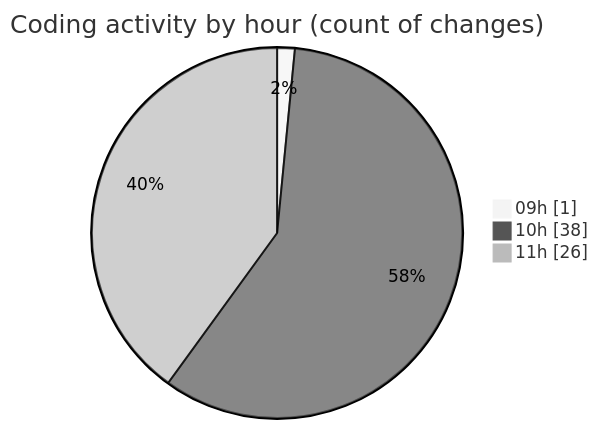
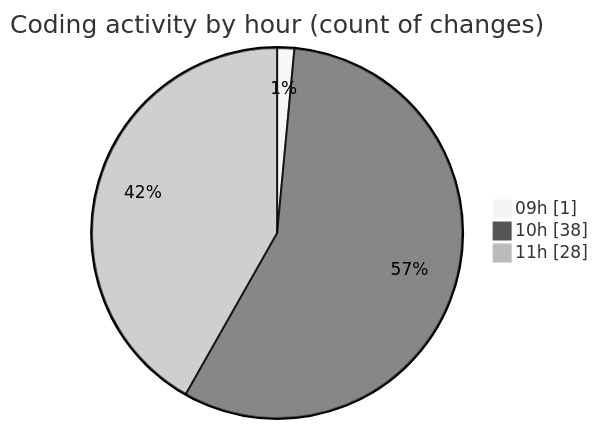
One commit to momahboobian/code-tracking changed the second of 2 diagrams in 2026-01-07/cda/README.md. Above: the diagram before and after it, drawn with Mermaid (neutral theme). The commit also changed other lines of this file and 1 other file, not shown here.

````diff
--- a/2026-01-07/cda/README.md
+++ b/2026-01-07/cda/README.md
@@ -49,7 +50,7 @@
 ```mermaid
 pie showData
 title Coding activity by hour (count of changes)
 "09h" : 1
 "10h" : 38
-"11h" : 26
+"11h" : 28
 ```
````
